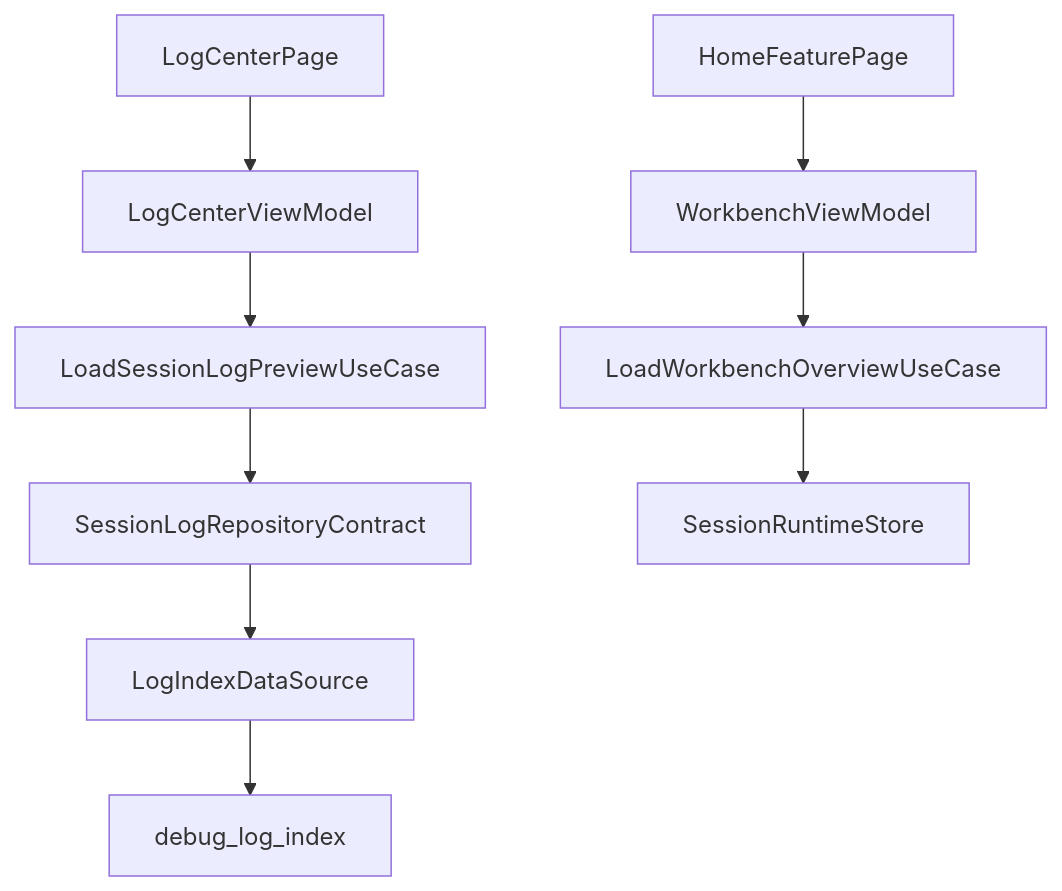
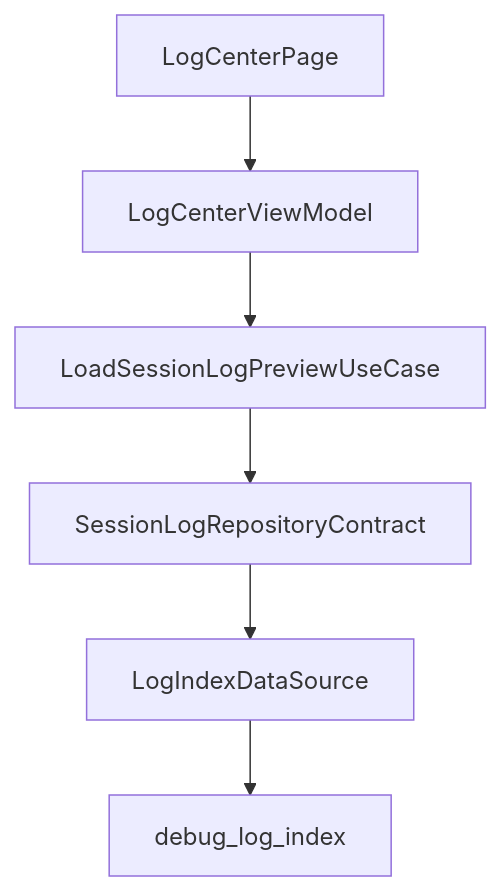
Before and after one commit to yohurm/HarmonyOS-YoWireTools: the first of 3 diagrams in docs/goal/architecture/app/APP-005.md, drawn with Mermaid. The commit also changed other lines of this file and 16 other files, not shown here.

````diff
--- a/docs/goal/architecture/app/APP-005.md
+++ b/docs/goal/architecture/app/APP-005.md
@@ -55,21 +56,14 @@
 ```mermaid
 flowchart TB
   LogPage["LogCenterPage"]
   LogVm["LogCenterViewModel"]
   LogUc["LoadSessionLogPreviewUseCase"]
   Contract["SessionLogRepositoryContract"]
   Ds["LogIndexDataSource"]
   Table["debug_log_index"]
-  Home["HomeFeaturePage"]
-  WbVm["WorkbenchViewModel"]
-  WbUc["LoadWorkbenchOverviewUseCase"]
-  Store["SessionRuntimeStore"]
   LogPage --> LogVm
   LogVm --> LogUc
   LogUc --> Contract
   Contract --> Ds
   Ds --> Table
-  Home --> WbVm
-  WbVm --> WbUc
-  WbUc --> Store
 ```
````
